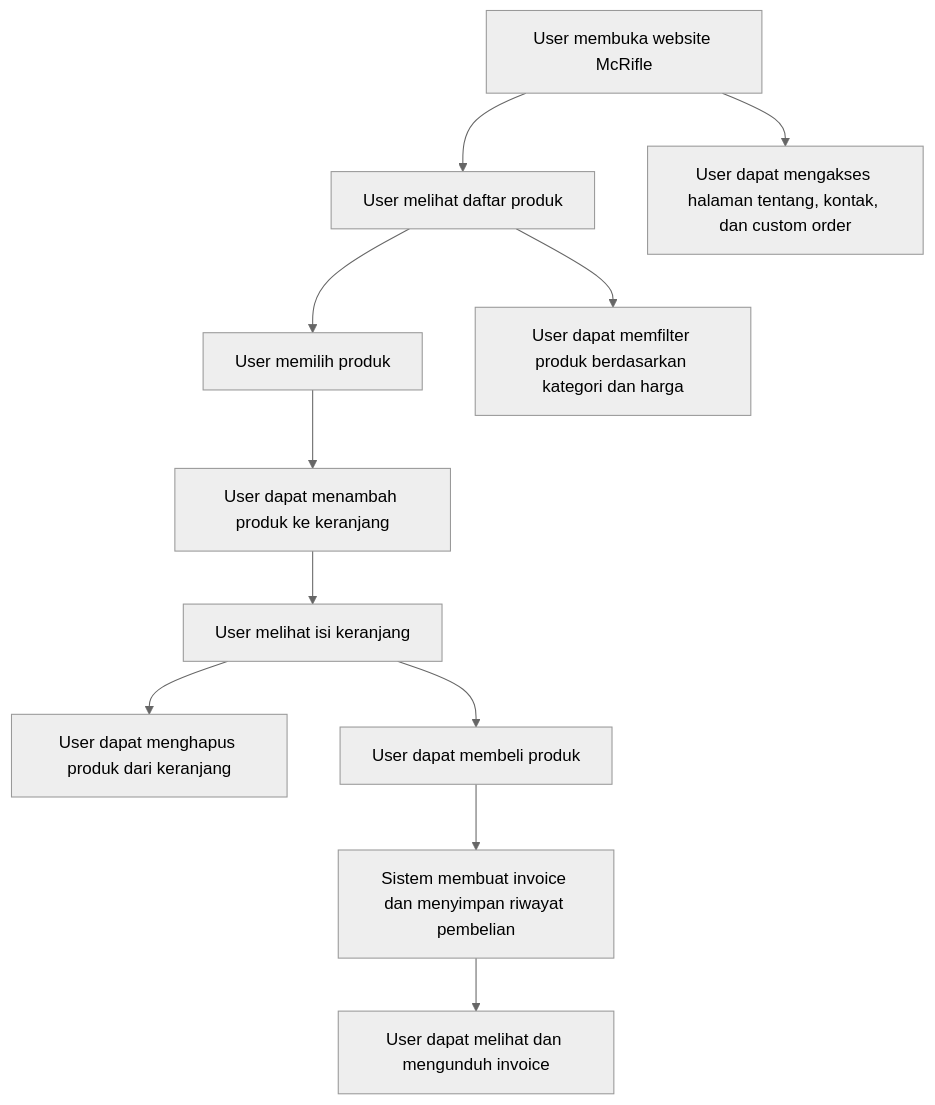
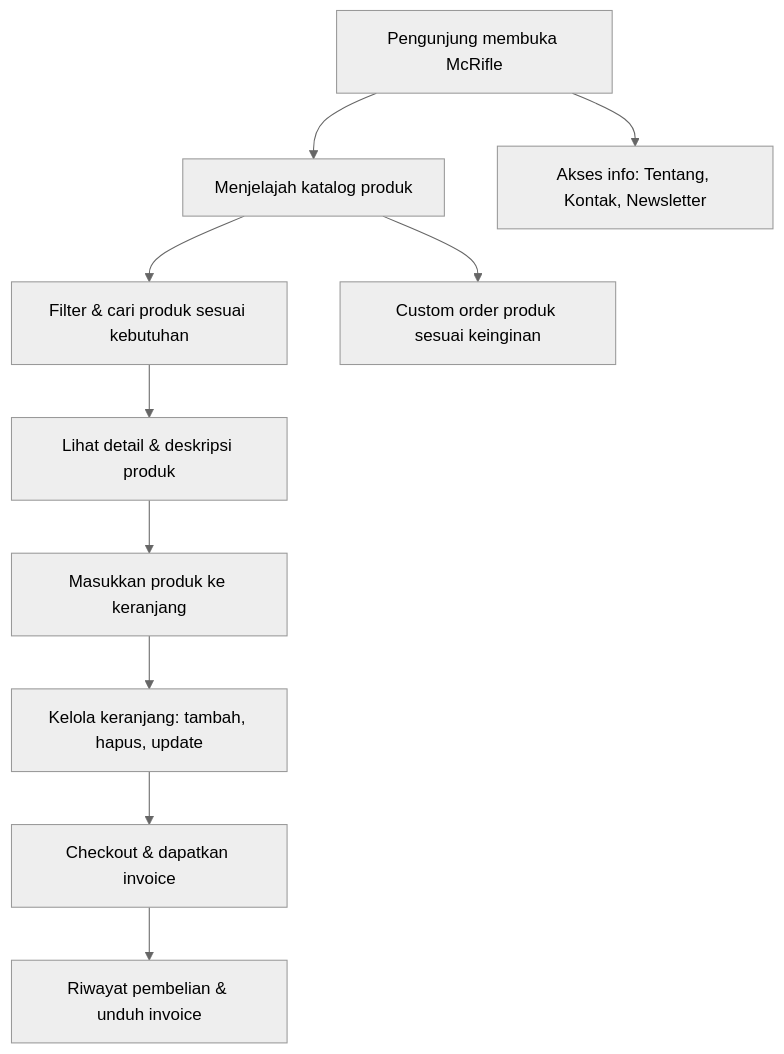
The diagram in README.md (RamaMCD/McRifle), drawn with Mermaid (neutral theme) before and after one commit. The commit also changed other lines of this file, not shown here.

Commit message:
docs: update README.md presentasi dengan highlight fitur dan flowchart menarik

````diff
--- a/README.md
+++ b/README.md
@@ -83,13 +47,12 @@
 ```mermaid
 flowchart TD
-    A["User membuka website McRifle"] --> B["User melihat daftar produk"]
-    B --> C["User memilih produk"]
-    C --> D["User dapat menambah produk ke keranjang"]
-    D --> E["User melihat isi keranjang"]
-    E --> F["User dapat menghapus produk dari keranjang"]
-    E --> G["User dapat membeli produk"]
-    G --> H["Sistem membuat invoice dan menyimpan riwayat pembelian"]
-    H --> I["User dapat melihat dan mengunduh invoice"]
-    B --> J["User dapat memfilter produk berdasarkan kategori dan harga"]
-    A --> K["User dapat mengakses halaman tentang, kontak, dan custom order"]
+    A["Pengunjung membuka McRifle"] --> B["Menjelajah katalog produk"]
+    B --> C["Filter & cari produk sesuai kebutuhan"]
+    C --> D["Lihat detail & deskripsi produk"]
+    D --> E["Masukkan produk ke keranjang"]
+    E --> F["Kelola keranjang: tambah, hapus, update"]
+    F --> G["Checkout & dapatkan invoice"]
+    G --> H["Riwayat pembelian & unduh invoice"]
+    B --> I["Custom order produk sesuai keinginan"]
+    A --> J["Akses info: Tentang, Kontak, Newsletter"]
 ```
````
